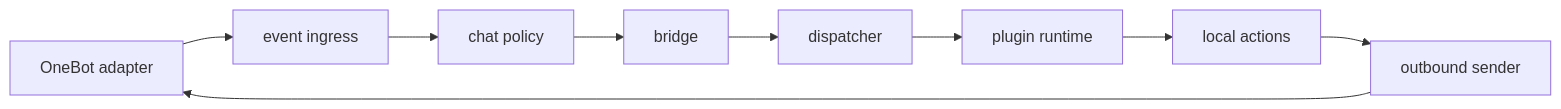
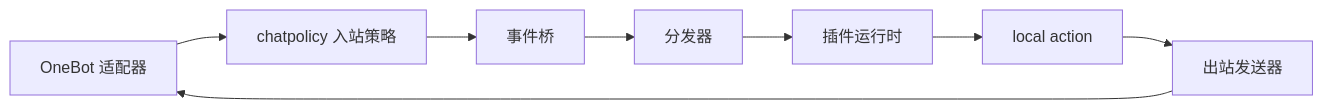
The diagram in docs/architecture/event-pipeline.md (RayleaBot/RayleaBot), drawn with Mermaid before and after one commit. The commit also changed other lines of this file and 38 other files, not shown here.

Commit message:
docs: reconcile architecture and operational guidance

````diff
--- a/docs/architecture/event-pipeline.md
+++ b/docs/architecture/event-pipeline.md
@@ -5,11 +5,10 @@
 ```mermaid
 flowchart LR
-  Adapter["OneBot adapter"] --> Ingress["event ingress"]
-  Ingress --> Policy["chat policy"]
-  Policy --> Bridge["bridge"]
-  Bridge --> Dispatch["dispatcher"]
-  Dispatch --> Runtime["plugin runtime"]
-  Runtime --> Actions["local actions"]
-  Actions --> Outbound["outbound sender"]
+  Adapter["OneBot 适配器"] --> Policy["chatpolicy 入站策略"]
+  Policy --> Bridge["事件桥"]
+  Bridge --> Dispatch["分发器"]
+  Dispatch --> Runtime["插件运行时"]
+  Runtime --> Actions["local action"]
+  Actions --> Outbound["出站发送器"]
   Outbound --> Adapter
 ```
````
